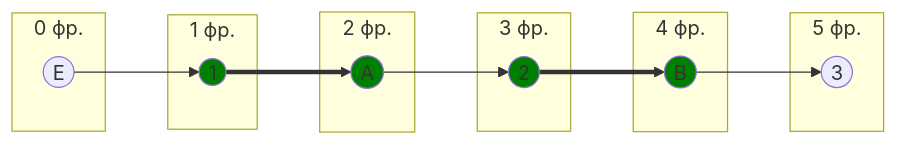
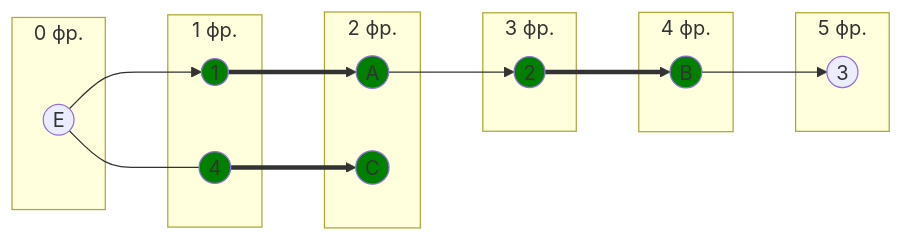
Diagram 12 of 14 in Задание 8/syndicate.md (algos-ris-24-3/manual-tasks), drawn with Mermaid before and after one commit. The commit also changed other lines of this file, not shown here.

````diff
--- a/Задание 8/syndicate.md
+++ b/Задание 8/syndicate.md
@@ -390,28 +496,34 @@
 ```mermaid
 graph LR
     subgraph " 0 фр."
         E((E))
     end
     subgraph " 1 фр."
         1((1))
+        4((4))
     end
     subgraph " 2 фр."
         A((A))
+        C((C))
+        
     end
     subgraph " 3 фр."
         2((2))
     end
     subgraph " 4 фр."
         B((B))
     end
     subgraph " 5 фр."
         3((3))
     end
     
     E --> 1 ==> A --> 2 ==> B --> 3
+    E --- 4 ==> C
     
     style A fill:#008000
     style B fill:#008000
+    style C fill:#008000
     style 1 fill:#008000
     style 2 fill:#008000
+    style 4 fill:#008000
 ```
````
